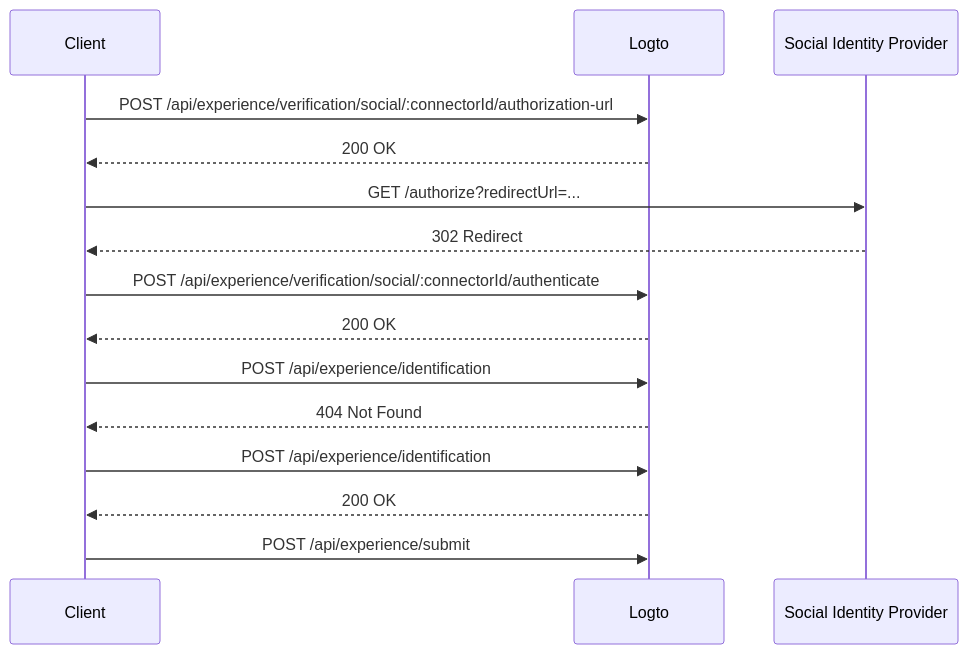
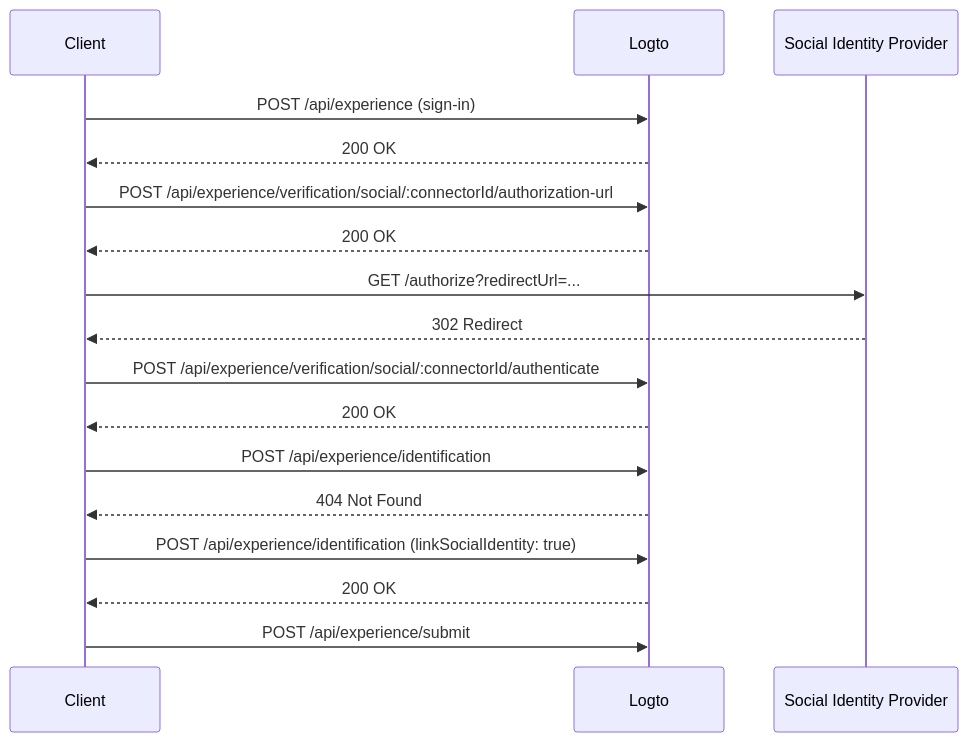
Diagram 11 of 17 in draft/0004-experience-api.md (logto-io/rfcs), drawn with Mermaid before and after one commit. The commit also changed other lines of this file, not shown here.

First line of the commit message:
refactor: update the experience API.

````diff
--- a/draft/0004-experience-api.md
+++ b/draft/0004-experience-api.md
@@ -796,18 +860,20 @@
 ```mermaid
 sequenceDiagram
     participant C as Client
     participant L as Logto
     participant S as Social Identity Provider
 
+    C->>L: POST /api/experience (sign-in)
+    L-->>C: 200 OK
     C->>L: POST /api/experience/verification/social/:connectorId/authorization-url
     L-->>C: 200 OK
     C->>S: GET /authorize?redirectUrl=...
     S-->>C: 302 Redirect
     C->>L: POST /api/experience/verification/social/:connectorId/authenticate
     L-->>C: 200 OK
     C->>L: POST /api/experience/identification
     L-->>C: 404 Not Found
-    C->>L: POST /api/experience/identification
+    C->>L: POST /api/experience/identification (linkSocialIdentity: true)
     L-->>C: 200 OK
     C->>L: POST /api/experience/submit
 ```
````
